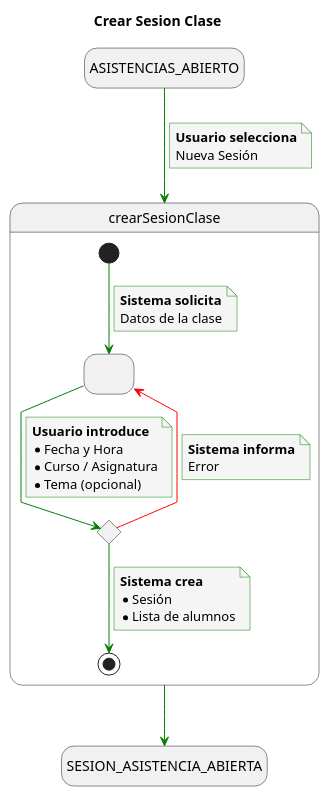
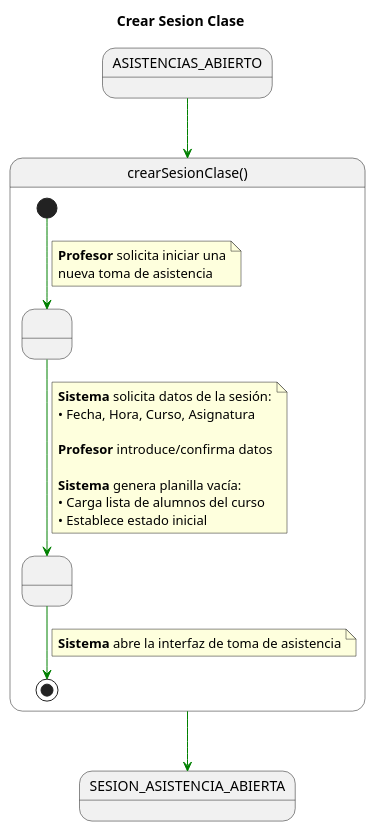
Before and after one commit to enmabry/25-26-IdSw1-SdR: the diagram in documents/CasosDeUso/DetalladoCasosDeUso/Profesor/crearSesionClase.puml, drawn with PlantUML. The commit also changed 11 other files, not shown here.

```diff
--- a/documents/CasosDeUso/DetalladoCasosDeUso/Profesor/crearSesionClase.puml
+++ b/documents/CasosDeUso/DetalladoCasosDeUso/Profesor/crearSesionClase.puml
@@ -1,56 +1,43 @@
 @startuml
 title Crear Sesion Clase
 
-skinparam {
-    NoteBackgroundColor #whiteSmoke
-    ArrowColor #green
-    NoteBorderColor #green
-    linetype polyline
+skinparam linetype polyline
+
+state ASISTENCIAS_ABIERTO_INICIAL as "ASISTENCIAS_ABIERTO"
+state SESION_ASISTENCIA_ABIERTA_FINAL as "SESION_ASISTENCIA_ABIERTA"
+
+ASISTENCIAS_ABIERTO_INICIAL -[#green]-> crearSesionClase
+
+state crearSesionClase as "crearSesionClase()" {
+
+    state " " as ConfigurandoSesion
+    state " " as SesionInicializada
+
+    [*] -[#green]-> ConfigurandoSesion
+    note on link
+    <b>Profesor</b> solicita iniciar una
+    nueva toma de asistencia
+    end note
+
+    ConfigurandoSesion -[#green]-> SesionInicializada
+    note on link
+    <b>Sistema</b> solicita datos de la sesión:
+    • Fecha, Hora, Curso, Asignatura
+
+    <b>Profesor</b> introduce/confirma datos
+
+    <b>Sistema</b> genera planilla vacía:
+    • Carga lista de alumnos del curso
+    • Establece estado inicial
+    end note
+
+    SesionInicializada -[#green]-> [*]
+    note on link
+    <b>Sistema</b> abre la interfaz de toma de asistencia
+    end note
+
 }
 
-hide empty description
-
-state startState as "ASISTENCIAS_ABIERTO"
-state endState as "SESION_ASISTENCIA_ABIERTA"
-
-startState --> crearSesionClase
-note on link
-    <b>Usuario selecciona</b>
-    Nueva Sesión
-end note
-
-state crearSesionClase {
-    state FormularioSesion as " "
-    state ValidarDatosSesion <<choice>>
-
-    [*] --> FormularioSesion
-    note on link
-        <b>Sistema solicita</b>
-        Datos de la clase
-    end note
-
-    FormularioSesion --> ValidarDatosSesion
-    note on link
-        <b>Usuario introduce</b>
-        * Fecha y Hora
-        * Curso / Asignatura
-        * Tema (opcional)
-    end note
-
-    ValidarDatosSesion -[#red]-> FormularioSesion
-    note on link
-        <b>Sistema informa</b>
-        Error
-    end note
-
-    ValidarDatosSesion --> [*]
-    note on link
-        <b>Sistema crea</b>
-        * Sesión
-        * Lista de alumnos
-    end note
-}
-
-crearSesionClase --> endState
+crearSesionClase -[#green]-> SESION_ASISTENCIA_ABIERTA_FINAL
 
 @enduml
```
